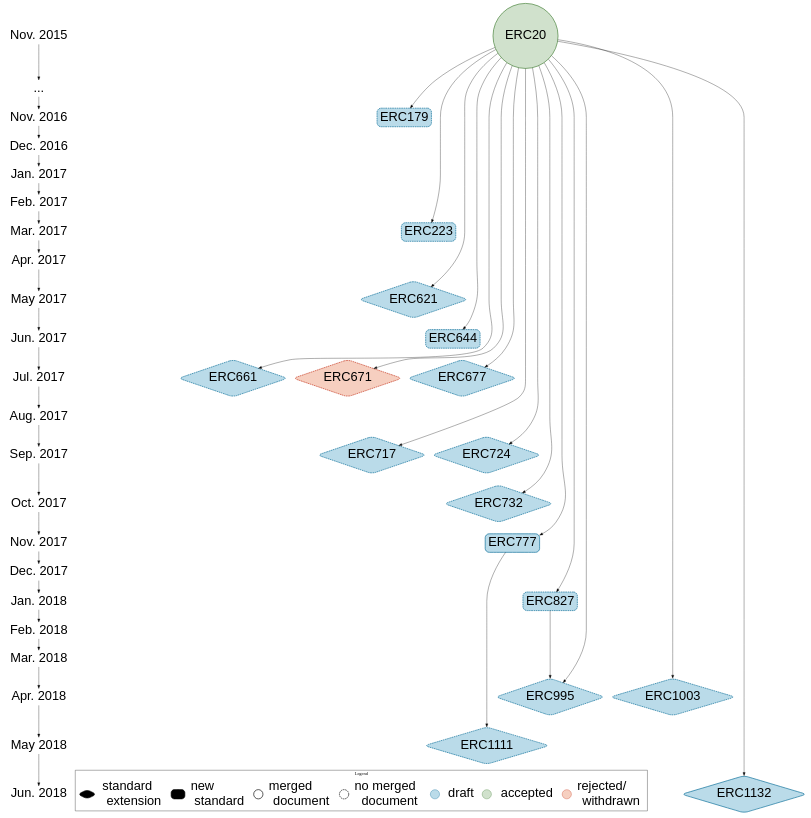
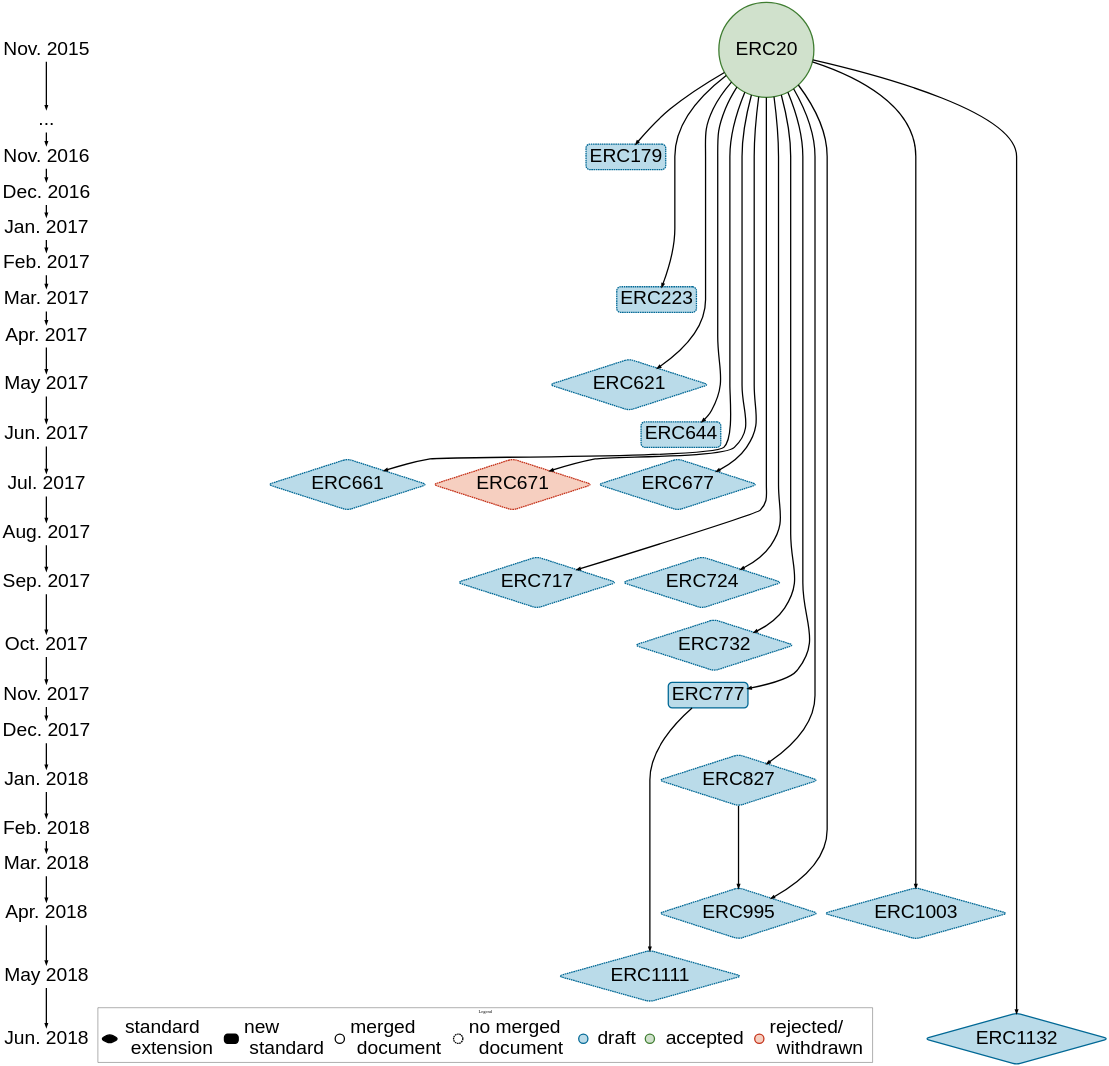
The diagram in img/genealogical_tree.dot (0xjac/master-thesis), drawn with Graphviz before and after one commit. The commit also changed 2 other files, not shown here.

```diff
--- a/img/genealogical_tree.dot
+++ b/img/genealogical_tree.dot
@@ -1,122 +1,124 @@
 digraph G {
   rankdir=TB;
-  node [fontname="helvetica", fontsize=40 ];
+  bgcolor="transparent";
+  edge [color="black", penwidth=4.0;];
+  node [fontname="helvetica", fontsize=60, fontcolor="black", penwidth=4.0;];
   subgraph timeline {
-    node [ shape=plaintext ];
+    node [ shape=plaintext, fontcolor="black" ];
     "Nov. 2015" ->
     "..." ->
     "Nov. 2016" ->
     "Dec. 2016" ->
     "Jan. 2017" ->
     "Feb. 2017" ->
     "Mar. 2017" ->
     "Apr. 2017" ->
     "May 2017" ->
     "Jun. 2017" ->
     "Jul. 2017" ->
     "Aug. 2017" ->
     "Sep. 2017" ->
     "Oct. 2017" ->
     "Nov. 2017" ->
     "Dec. 2017" ->
     "Jan. 2018" ->
     "Feb. 2018" ->
     "Mar. 2018" ->
     "Apr. 2018" ->
     "May 2018" ->
     "Jun. 2018"
   }
 
   subgraph tree {
   node [ style="filled,bold,rounded", shape=diamond, fillcolor="#badbe9", color="#006895", margin="0.1" ];
   ERC20 [ label="ERC20", URL="https://eips.ethereum.org/EIPS/eip-20", shape=circle, fillcolor="#d0e1cc", color="#3f7d31" ];
   ERC179 [ label="ERC179", URL="https://github.com/ethereum/EIPs/issues/179", style="filled,bold,rounded,dashed", shape=box];
   ERC223 [ label="ERC223", URL="https://github.com/ethereum/EIPs/issues/223", style="filled,bold,rounded,dashed", shape=box];
   ERC621 [ label="ERC621", URL="https://github.com/ethereum/EIPs/pull/621", style="filled,bold,rounded,dashed" ];
   ERC644 [ label="ERC644", URL="https://github.com/ethereum/EIPs/issues/661", style="filled,bold,rounded,dashed", shape=box ];
   ERC661 [ label="ERC661", URL="https://github.com/ethereum/EIPs/issues/661", style="filled,bold,rounded,dashed" ];
   ERC671 [ label="ERC671", URL="https://github.com/ethereum/EIPs/pull/671", style="filled,bold,rounded,dashed", fillcolor="#f6cfc0", color="#c43119" ];
   ERC677 [ label="ERC677", URL="https://github.com/ethereum/EIPs/issues/677", style="filled,bold,rounded,dashed" ];
   ERC717 [ label="ERC717", URL="https://github.com/ethereum/EIPs/issues/717", style="filled,bold,rounded,dashed" ];
   ERC724 [ label="ERC724", URL="https://github.com/ethereum/EIPs/issues/724", style="filled,bold,rounded,dashed" ];
   ERC732 [ label="ERC732", URL="https://github.com/ethereum/EIPs/pull/732", style="filled,bold,rounded,dashed" ];
   ERC777 [ label="ERC777", URL="https://eips.ethereum.org/EIPS/eip-777", shape=box];
-  ERC827 [ label="ERC827", URL="https://github.com/ethereum/EIPs/issues/827", style="filled,bold,rounded,dashed", shape=box ];
+  ERC827 [ label="ERC827", URL="https://github.com/ethereum/EIPs/issues/827", style="filled,bold,rounded,dashed" ];
   ERC995 [ label="ERC995", URL="https://github.com/ethereum/EIPs/issues/995", style="filled,bold,rounded,dashed" ];
   ERC1003 [ label="ERC1003", URL="https://github.com/ethereum/EIPs/issues/1003", style="filled,bold,rounded,dashed" ];
   ERC1111 [ label="ERC1111", URL="https://github.com/ethereum/EIPs/issues/1111", style="filled,bold,rounded,dashed" ];
   ERC1132 [ label="ERC1132", URL="https://eips.ethereum.org/EIPS/eip-1132" ];
 
   { rank = same ; "Nov. 2015" ; ERC20 }
   { rank = same ; "Nov. 2016" ; ERC179 }
   { rank = same ; "Mar. 2017" ; ERC223 }
   { rank = same ; "May 2017" ; ERC621 }
   { rank = same ; "Jun. 2017" ; ERC644 }
   { rank = same ; "Jul. 2017" ; ERC661 ; ERC671 ; ERC677 }
   { rank = same ; "Sep. 2017" ; ERC717 ; ERC724 }
   { rank = same ; "Oct. 2017" ; ERC732 }
   { rank = same ; "Nov. 2017" ; ERC777 }
   { rank = same ; "Jan. 2018" ; ERC827 }
   { rank = same ; "Apr. 2018" ; ERC995 ; ERC1003 }
   { rank = same ; "May 2018" ; ERC1111 }
   { rank = same ; "Jun. 2018" ; ERC1132 }
 
 
   ERC20 -> ERC179;
   ERC20 -> ERC223;
   ERC20 -> ERC621;
   ERC20 -> ERC644;
   ERC20 -> ERC661;
   ERC20 -> ERC671;
   ERC20 -> ERC677;
   ERC20 -> ERC717;
   ERC20 -> ERC724;
   ERC20 -> ERC732;
   ERC20 -> ERC777;
   ERC20 -> ERC827;
   ERC20 -> ERC995;
   ERC827 -> ERC995;
   ERC20 -> ERC1003;
   ERC777 -> ERC1111;
   ERC20 -> ERC1132;
   }
 
   subgraph cluster_legend {
-    labelloc="t"
+    labelloc="t";
     label="Legend";
     rank=max;
     // margin="0.01"
 
     node [ shape=plaintext, margin="0.000001" ];
     txt_rejected [ label="rejected/\lwithdrawn" ];
     txt_draft [ label="draft" ];
     txt_accepted [ label="accepted" ];
     txt_unmerged [ label="no merged\ldocument" ];
     txt_merged [label="merged\ldocument" ];
     txt_new [ label="new\lstandard" ];
     txt_ext [ label="standard\lextension" ];
 
     node [ width=0.6, height=0.4, style="filled,bold,rounded", margin="0.1", color="black", fillcolor="black"];
     rejected [ label="", shape=point, fillcolor="#f6cfc0", color="#c43119" ];
     accepted [ label="", shape=point, fillcolor="#d0e1cc", color="#3f7d31" ];
     draft    [ label="", shape=point, fillcolor="#badbe9", color="#006895" ];
     unmerged [ label="", shape=circle, width=0.3, style="bold,dashed" ];
     merged   [ label="", shape=circle, width=0.3, style="bold" ];
     new      [ label="", shape=box ];
     ext      [ label="", shape=diamond width=0.8 ];
 
     edge [ style="invis" minlen="-1" ];
     rejected -> txt_rejected;
     draft -> txt_draft;
     accepted -> txt_accepted;
     unmerged -> txt_unmerged;
     merged -> txt_merged;
     new -> txt_new;
     ext -> txt_ext;
 
     { rank = same ; rejected ; draft ; accepted ; unmerged ; merged ; new ; ext }
     { rank = same ; txt_rejected ; txt_draft ; txt_accepted ; txt_unmerged ; txt_merged ; txt_new ; txt_ext }
   }
 
   ERC1111 -> accepted [ style="invis" ];
 }
```
